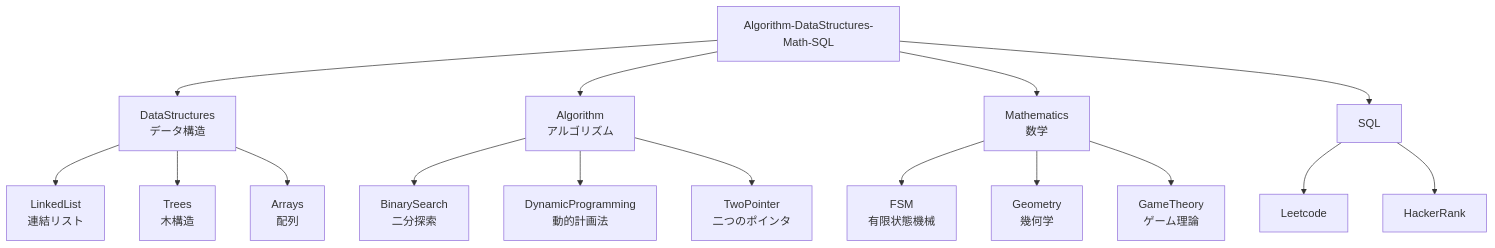
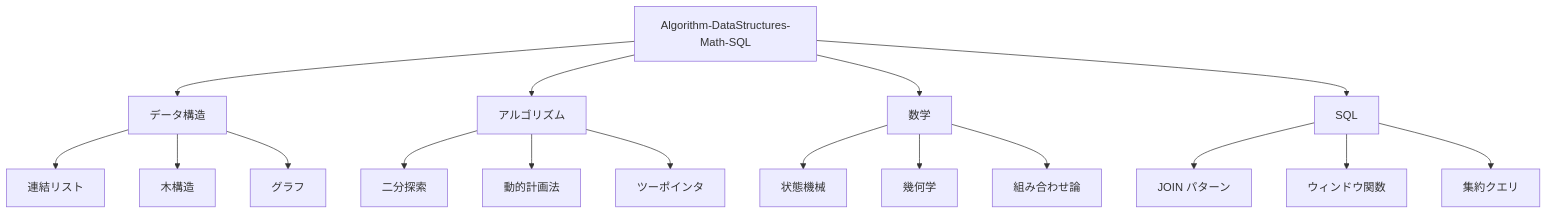
One commit to myoshi2891/Algorithm-DataStructures-Math-SQL changed the first of 8 diagrams in README.md. Above: the diagram before and after it, drawn with Mermaid. The commit also changed other lines of this file, not shown here.

````diff
--- a/README.md
+++ b/README.md
@@ -22,29 +22,23 @@
 ```mermaid
 graph TB
-    Root[Algorithm-DataStructures-Math-SQL]
-
-    DS[DataStructures<br/>データ構造]
-    Algo[Algorithm<br/>アルゴリズム]
-    Math[Mathematics<br/>数学]
-    SQL[SQL]
-
-    Root --> DS
-    Root --> Algo
-    Root --> Math
-    Root --> SQL
-
-    DS --> LinkedList[LinkedList<br/>連結リスト]
-    DS --> Trees[Trees<br/>木構造]
-    DS --> Arrays[Arrays<br/>配列]
-
-    Algo --> BinarySearch[BinarySearch<br/>二分探索]
-    Algo --> DP[DynamicProgramming<br/>動的計画法]
-    Algo --> TwoPointer[TwoPointer<br/>二つのポインタ]
-
-    Math --> FSM[FSM<br/>有限状態機械]
-    Math --> Geometry[Geometry<br/>幾何学]
-    Math --> GameTheory[GameTheory<br/>ゲーム理論]
-
-    SQL --> LeetCodeSQL[Leetcode]
-    SQL --> HackerRankSQL[HackerRank]
+    A[Algorithm-DataStructures-Math-SQL] --> B[データ構造]
+    A --> C[アルゴリズム]
+    A --> D[数学]
+    A --> E[SQL]
+    
+    B --> B1[連結リスト]
+    B --> B2[木構造]
+    B --> B3[グラフ]
+    
+    C --> C1[二分探索]
+    C --> C2[動的計画法]
+    C --> C3[ツーポインタ]
+    
+    D --> D1[状態機械]
+    D --> D2[幾何学]
+    D --> D3[組み合わせ論]
+    
+    E --> E1[JOIN パターン]
+    E --> E2[ウィンドウ関数]
+    E --> E3[集約クエリ]
 ```
````
